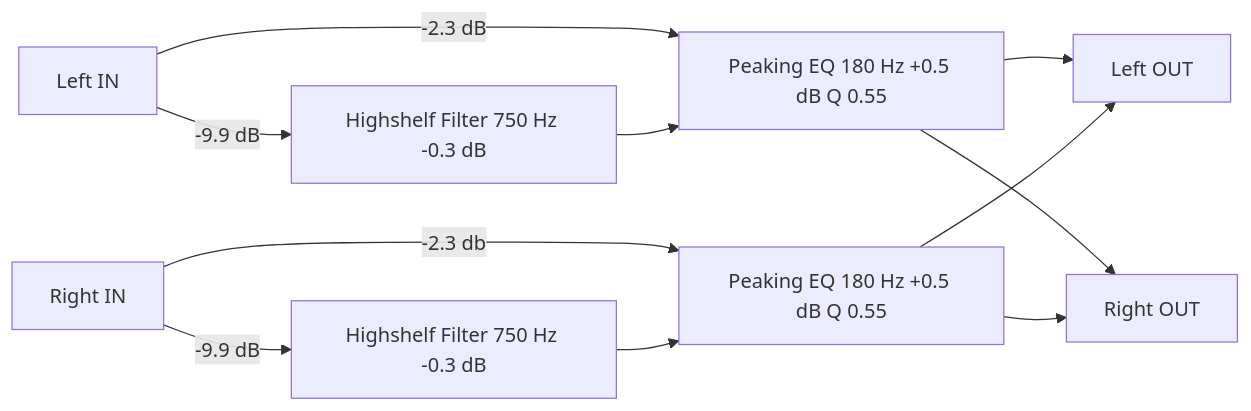
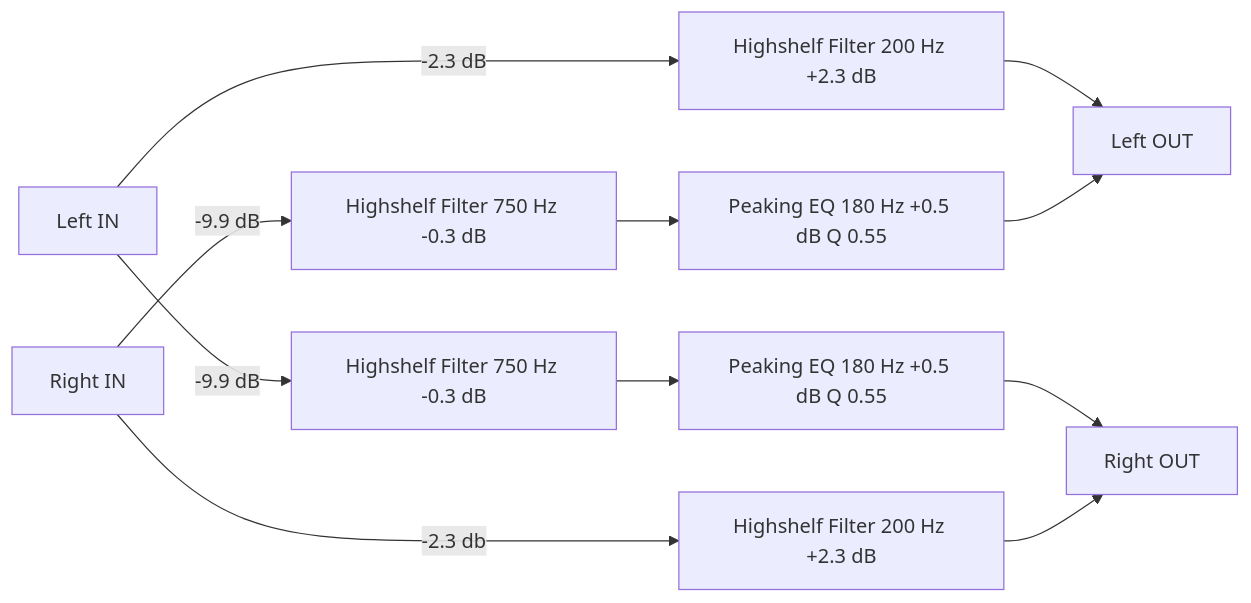
Before and after one commit to Ebert-Hanke/autoeq2camilladsp: the third of 3 diagrams in readme.md, drawn with Mermaid. The commit also changed other lines of this file, not shown here.

````diff
--- a/readme.md
+++ b/readme.md
@@ -52,7 +49,7 @@
 ```mermaid
 graph LR
 A[Left IN]-- -2.3 dB --> G[Highshelf Filter 200 Hz +2.3 dB]--> B[Left OUT]
-A -- -9.9 dB --> E[Highshelf Filter 750 Hz -0.3 dB] --> G[Peaking EQ 180 Hz +0.5 dB Q 0.55] -->D 
+A -- -9.9 dB --> E[Highshelf Filter 750 Hz -0.3 dB] --> I[Peaking EQ 180 Hz +0.5 dB Q 0.55] -->D 
 C[Right IN]-- -2.3 db -->H[Highshelf Filter 200 Hz +2.3 dB]-->D[Right OUT]
-C -- -9.9 dB --> F[Highshelf Filter 750 Hz -0.3 dB] --> H[Peaking EQ 180 Hz +0.5 dB Q 0.55] -->B
+C -- -9.9 dB --> F[Highshelf Filter 750 Hz -0.3 dB] --> J[Peaking EQ 180 Hz +0.5 dB Q 0.55] -->B
 ```
````
